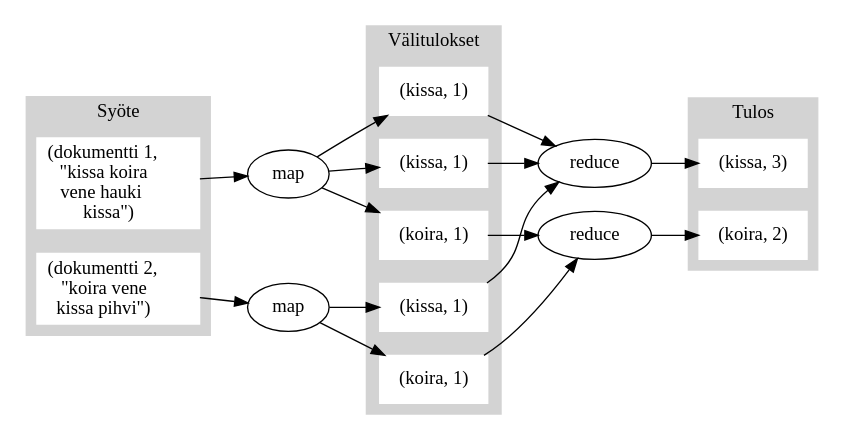
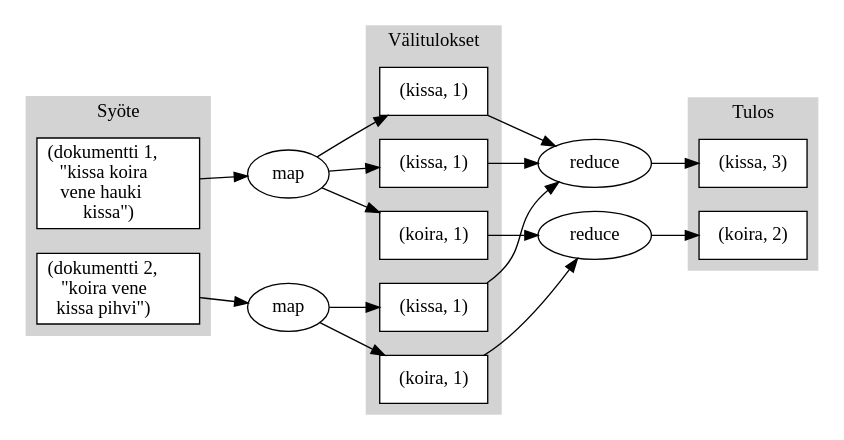
One commit to Kauhsa/kandi changed the diagram in src/images/map-and-reduce.dot. Above: the diagram before and after it, drawn with Graphviz. The commit also changed 2 other files, not shown here.

```diff
--- a/src/images/map-and-reduce.dot
+++ b/src/images/map-and-reduce.dot
@@ -1,54 +1,54 @@
 digraph {
     rankdir = LR;
     
     subgraph cluster_input {
         label = "Syöte";
         style = "filled";
         color = "lightgrey";
-        node [shape = "box"; style = "filled"; color = "white"];
+        node [shape = "box"; style = "filled"; color = "black"; fillcolor="white"];
         dok1[label = <(dokumentti 1,<br/>"kissa koira <br/> vene hauki <br/> kissa")>];
         dok2[label = <(dokumentti 2,<br/>"koira vene <br/> kissa pihvi")>];
     }
 
     map1[label = "map";];
     map2[label = "map";];
 
     subgraph cluster_intermediate {
         label = "Välitulokset";
         style = "filled";
         color = "lightgrey";
-        node [shape = "box"; style = "filled"; color = "white"];
+        node [shape = "box"; style = "filled"; color = "black"; fillcolor="white"];      
         kissa1[label = "(kissa, 1)"];
         kissa2[label = "(kissa, 1)"];
         kissa3[label = "(kissa, 1)"];
         koira1[label = "(koira, 1)"];
         koira2[label = "(koira, 1)"];
     }    
 
     red_kissa[label = "reduce";];
     red_koira[label = "reduce";];
 
     subgraph cluster_output {
         label = "Tulos";
         style = "filled";
         color = "lightgrey";
-        node [shape = "box"; style = "filled"; color = "white"];
+        node [shape = "box"; style = "filled"; color = "black"; fillcolor="white"];
         res_kissa[label = "(kissa, 3)"];
         res_koira[label = "(koira, 2)"];
     }
     
     dok1 -> map1;
     dok2 -> map2;
     map1 -> kissa1;
     map1 -> koira1;
     map1 -> kissa3;
     map2 -> kissa2;
     map2 -> koira2;
     kissa1 -> red_kissa;
     kissa2 -> red_kissa;
     kissa3 -> red_kissa;
     koira1 -> red_koira;
     koira2 -> red_koira;
     red_kissa -> res_kissa;
     red_koira -> res_koira;
 }
```
